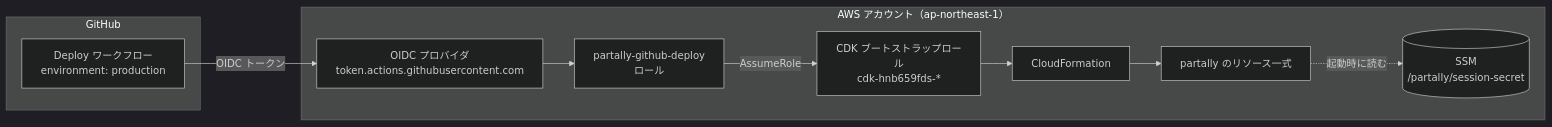
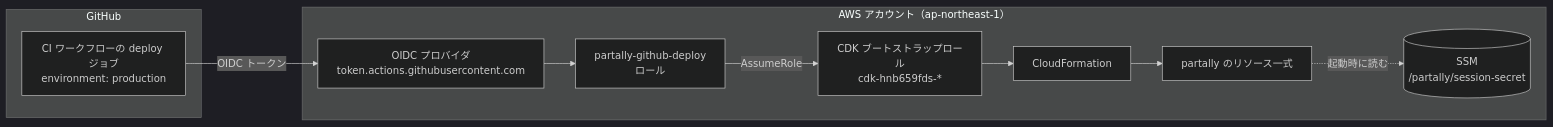
The diagram in docs/setup.md (ot-nemoto/partally), drawn with Mermaid (dark theme) before and after one commit. The commit also changed other lines of this file and 11 other files, not shown here.

````diff
--- a/docs/setup.md
+++ b/docs/setup.md
@@ -16,19 +16,19 @@
 ```mermaid
 flowchart LR
   subgraph GitHub
-    WF[Deploy ワークフロー<br/>environment: production]
+    WF[CI ワークフローの deploy ジョブ<br/>environment: production]
   end
   subgraph AWS[AWS アカウント（ap-northeast-1）]
     OIDC[OIDC プロバイダ<br/>token.actions.githubusercontent.com]
     Role[partally-github-deploy<br/>ロール]
     CDKRoles[CDK ブートストラップロール<br/>cdk-hnb659fds-*]
     CFN[CloudFormation]
     App[partally のリソース一式]
     SSM[(SSM<br/>/partally/session-secret)]
   end
   WF -- "OIDC トークン" --> OIDC
   OIDC --> Role
   Role -- "AssumeRole" --> CDKRoles
   CDKRoles --> CFN --> App
   App -. "起動時に読む" .-> SSM
 ```
````
